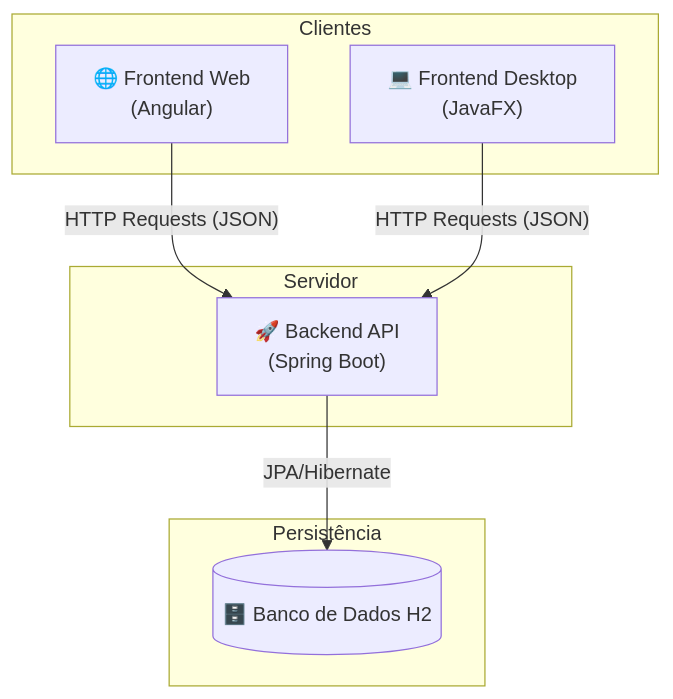
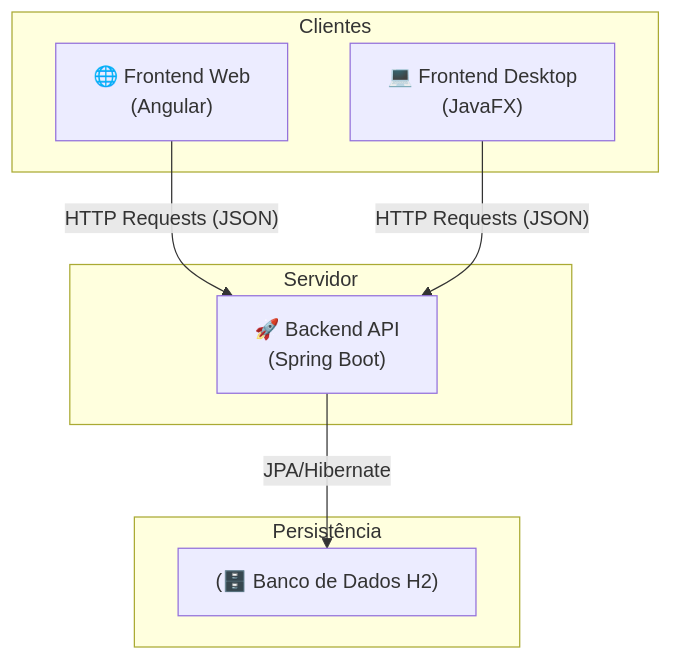
One commit to ricardotecpro/portal_jekyll changed the first of 6 diagrams in proj_aplicacao_full_stack/projetos/listadetarefas_03/README.md. Above: the diagram before and after it, drawn with Mermaid. The commit also changed 423 other files, not shown here.

````diff
--- a/proj_aplicacao_full_stack/projetos/listadetarefas_03/README.md
+++ b/proj_aplicacao_full_stack/projetos/listadetarefas_03/README.md
@@ -26,19 +26,19 @@
 ```mermaid
 graph TD
     subgraph "Clientes"
         A["🌐 Frontend Web<br>(Angular)"]
         B["💻 Frontend Desktop<br>(JavaFX)"]
     end
 
     subgraph "Servidor"
         C["🚀 Backend API<br>(Spring Boot)"]
     end
 
     subgraph "Persistência"
-        D[(🗄️ Banco de Dados H2)]
+        D["(🗄️ Banco de Dados H2)"]
     end
 
     A -- HTTP Requests (JSON) --> C
     B -- HTTP Requests (JSON) --> C
     C -- JPA/Hibernate --> D
 ```
````
